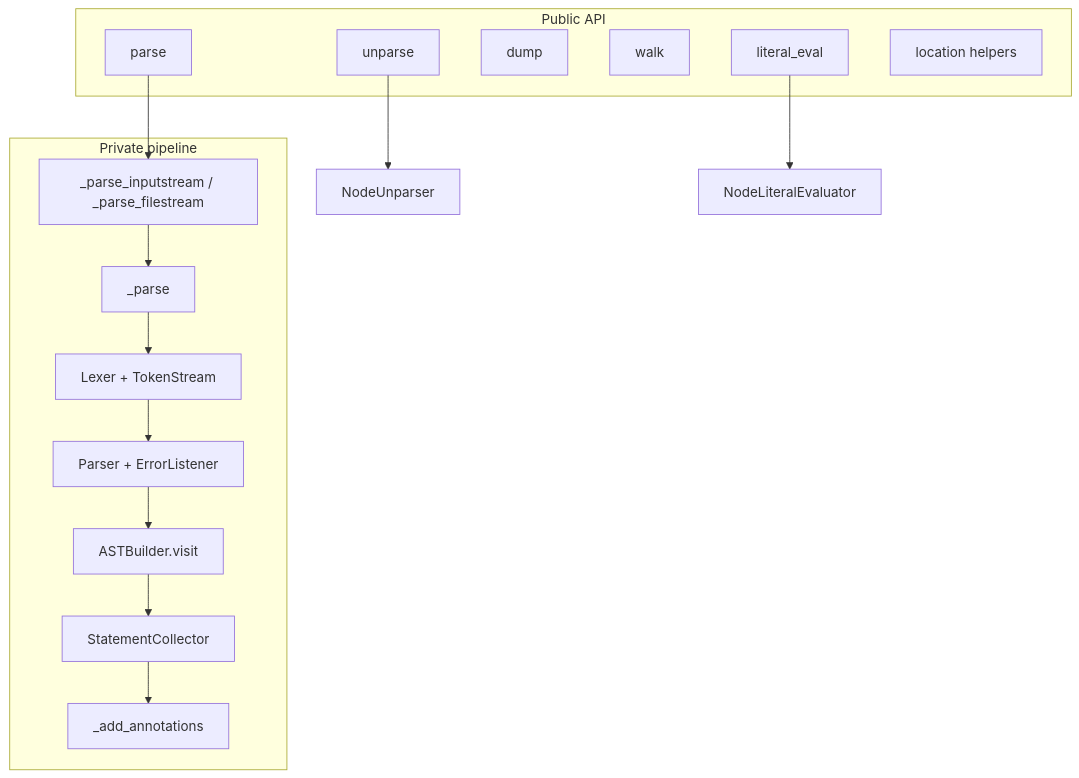
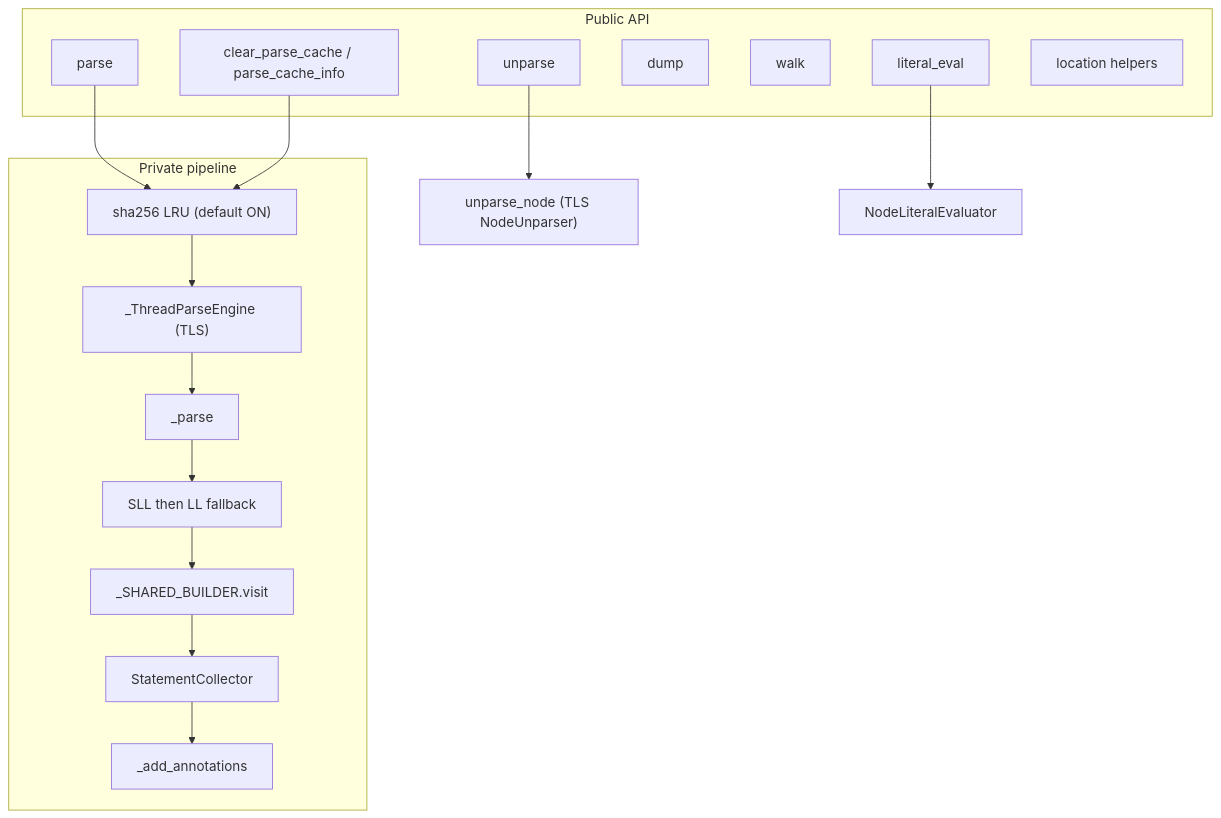
One commit to hoox-sh/pyne changed the diagram in docs/pyne/core/helper-api.mdx. Above: the diagram before and after it, drawn with Mermaid. The commit also changed other lines of this file and 101 other files, not shown here.

````diff
--- a/docs/pyne/core/helper-api.mdx
+++ b/docs/pyne/core/helper-api.mdx
@@ -37,27 +37,30 @@
 ```mermaid
 flowchart TB
   subgraph public ["Public API"]
     parse
+    cache["clear_parse_cache / parse_cache_info"]
     unparse
     dump
     walk
     literal_eval
     locs["location helpers"]
   end
 
   subgraph private ["Private pipeline"]
-    _pis["_parse_inputstream / _parse_filestream"]
+    LRU["sha256 LRU (default ON)"]
+    ENG["_ThreadParseEngine (TLS)"]
     _parse
-    LEX["Lexer + TokenStream"]
-    PAR["Parser + ErrorListener"]
-    BLD["ASTBuilder.visit"]
+    SLL["SLL then LL fallback"]
+    BLD["_SHARED_BUILDER.visit"]
     COL["StatementCollector"]
     ANN["_add_annotations"]
   end
 
-  parse --> _pis --> _parse
-  _parse --> LEX --> PAR --> BLD
+  parse --> LRU
+  LRU --> ENG --> _parse
+  _parse --> SLL --> BLD
   BLD --> COL --> ANN
-  unparse --> UP["NodeUnparser"]
+  cache --> LRU
+  unparse --> UP["unparse_node (TLS NodeUnparser)"]
   literal_eval --> NLE["NodeLiteralEvaluator"]
 ```
````
